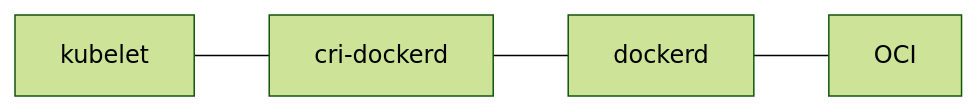
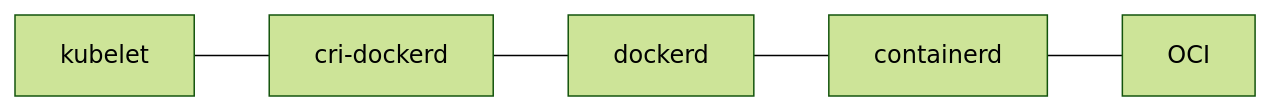
The third of 5 diagrams in content/04_Kubernetes/01_get_start/01_intro_articles.md (will-mei/sreplus.net), drawn with Mermaid (forest theme) before and after one commit. The commit also changed other lines of this file, not shown here.

````diff
--- a/content/04_Kubernetes/01_get_start/01_intro_articles.md
+++ b/content/04_Kubernetes/01_get_start/01_intro_articles.md
@@ -85,4 +85,4 @@
 ```mermaid
 graph LR
-kubelet --- cri-dockerd --- dockerd --- OCI
+kubelet --- cri-dockerd --- dockerd --- containerd --- OCI
 ```
````
